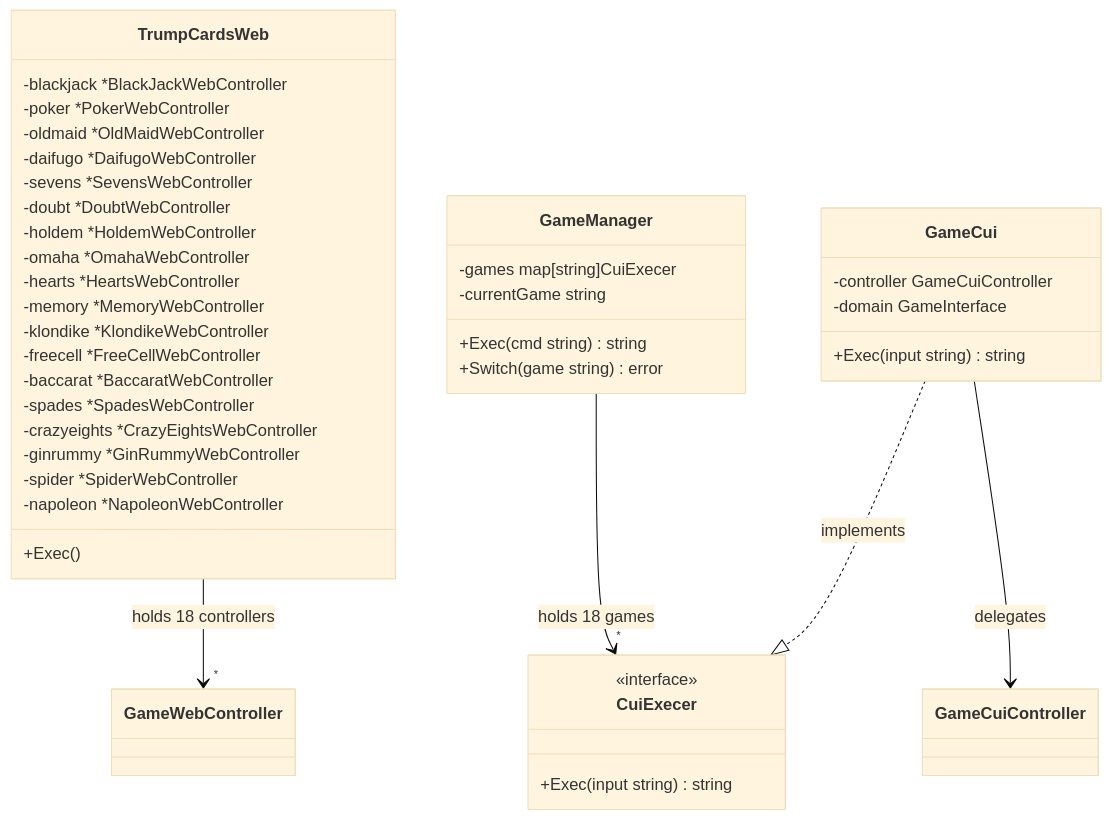
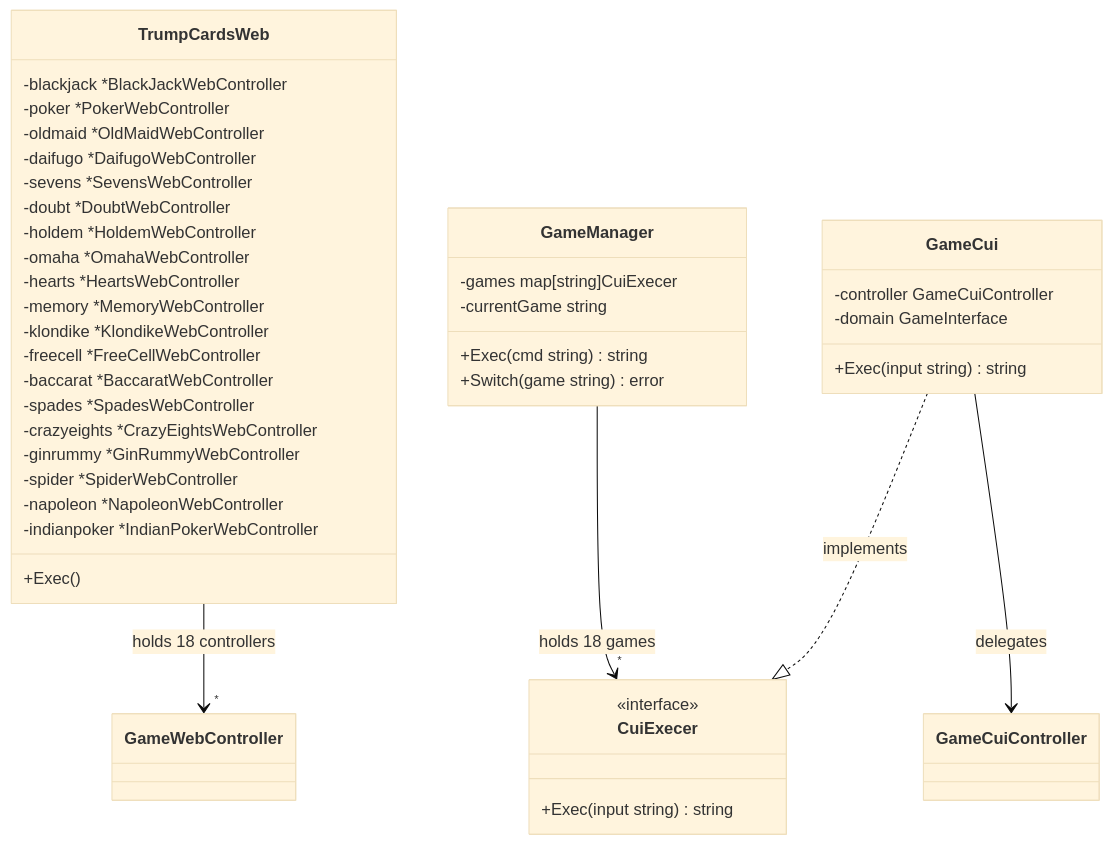
One commit to yuta-yoshinaga/go_trumpcards changed diagram 11 of 27 in docs/design/backend.md. Above: the diagram before and after it, drawn with Mermaid (base theme). The commit also changed other lines of this file and 53 other files, not shown here.

First line of the commit message:
feat: add Indian Poker (インディアンポーカー) card game

````diff
--- a/docs/design/backend.md
+++ b/docs/design/backend.md
@@ -641,47 +695,48 @@
 ```mermaid
 classDiagram
     class TrumpCardsWeb {
         -blackjack *BlackJackWebController
         -poker *PokerWebController
         -oldmaid *OldMaidWebController
         -daifugo *DaifugoWebController
         -sevens *SevensWebController
         -doubt *DoubtWebController
         -holdem *HoldemWebController
         -omaha *OmahaWebController
         -hearts *HeartsWebController
         -memory *MemoryWebController
         -klondike *KlondikeWebController
         -freecell *FreeCellWebController
         -baccarat *BaccaratWebController
         -spades *SpadesWebController
         -crazyeights *CrazyEightsWebController
         -ginrummy *GinRummyWebController
         -spider *SpiderWebController
         -napoleon *NapoleonWebController
+        -indianpoker *IndianPokerWebController
         +Exec()
     }
 
     class GameManager {
         -games map[string]CuiExecer
         -currentGame string
         +Exec(cmd string) string
         +Switch(game string) error
     }
 
     class CuiExecer {
         <<interface>>
         +Exec(input string) string
     }
 
     class GameCui {
         -controller GameCuiController
         -domain GameInterface
         +Exec(input string) string
     }
 
     TrumpCardsWeb --> "*" GameWebController : holds 18 controllers
     GameManager --> "*" CuiExecer : holds 18 games
     GameCui ..|> CuiExecer : implements
     GameCui --> GameCuiController : delegates
 ```
````
